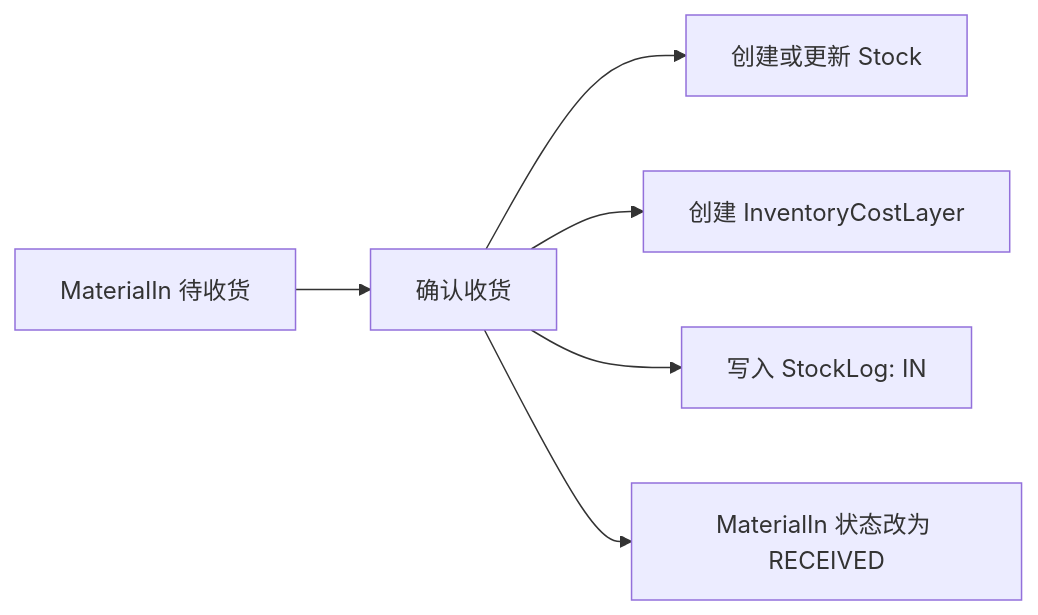
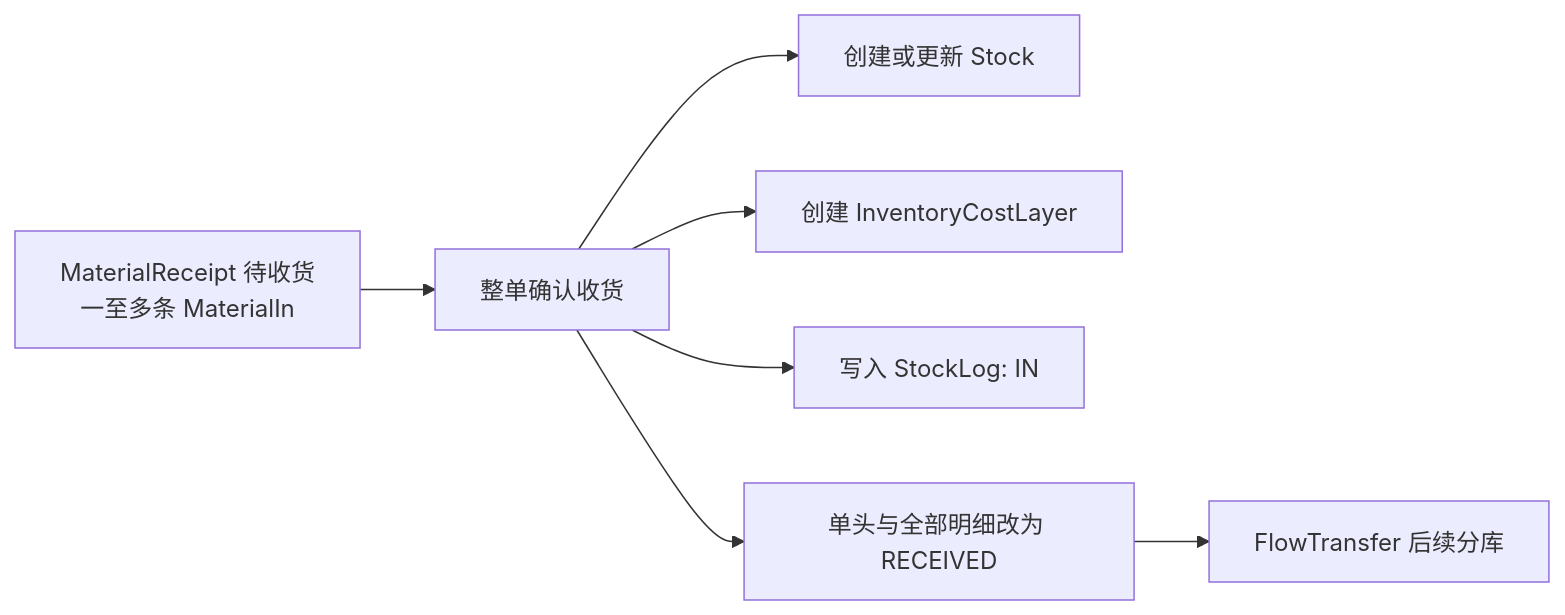
Before and after one commit to goldf2/mes-lite: the fourth of 7 diagrams in docs/minierp/当前系统建模与结构审查.md, drawn with Mermaid. The commit also changed other lines of this file and 48 other files, not shown here.

````diff
--- a/docs/minierp/当前系统建模与结构审查.md
+++ b/docs/minierp/当前系统建模与结构审查.md
@@ -371,8 +372,9 @@
 ```mermaid
 flowchart LR
-  A["MaterialIn 待收货"] --> B["确认收货"]
+  A["MaterialReceipt 待收货<br/>一至多条 MaterialIn"] --> B["整单确认收货"]
   B --> C["创建或更新 Stock"]
   B --> D["创建 InventoryCostLayer"]
   B --> E["写入 StockLog: IN"]
-  B --> F["MaterialIn 状态改为 RECEIVED"]
+  B --> F["单头与全部明细改为 RECEIVED"]
+  F --> G["FlowTransfer 后续分库"]
 ```
````
